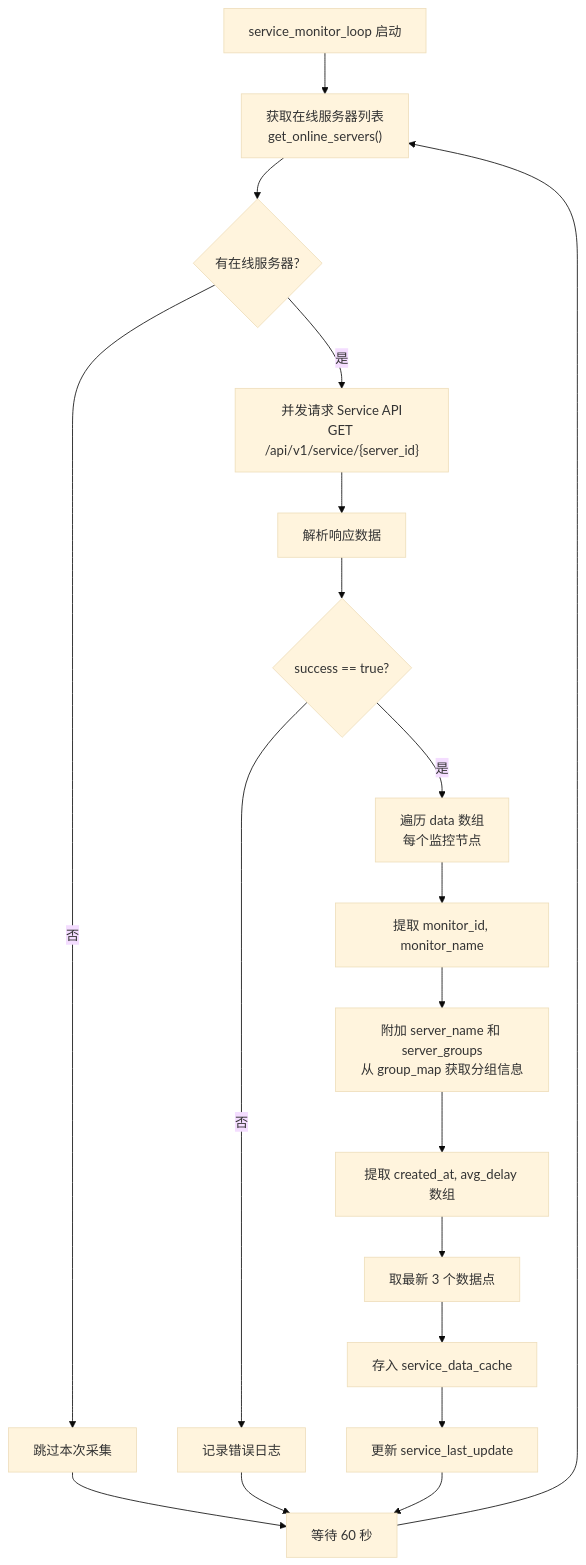
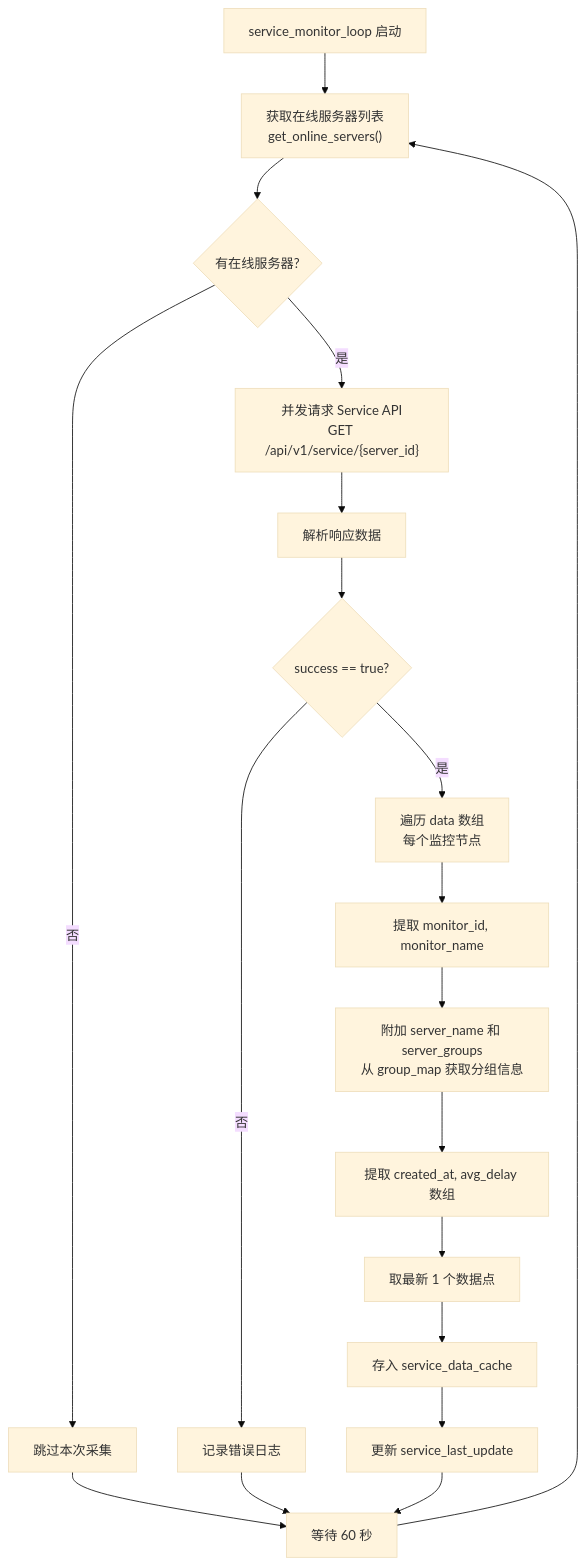
Before and after one commit to Moeyuuko/nezhaV1-exporter: the seventh of 9 diagrams in nezha-exporter.md, drawn with Mermaid (base theme). The commit also changed other lines of this file and 2 other files, not shown here.

````diff
--- a/nezha-exporter.md
+++ b/nezha-exporter.md
@@ -204,21 +204,21 @@
 ```mermaid
 flowchart TD
     A["service_monitor_loop 启动"] --> B["获取在线服务器列表<br/>get_online_servers()"]
     B --> C{"有在线服务器?"}
     C -- "否" --> D["跳过本次采集"]
     C -- "是" --> E["并发请求 Service API<br/>GET /api/v1/service/{server_id}"]
     E --> F["解析响应数据"]
     F --> G{"success == true?"}
     G -- "否" --> H["记录错误日志"]
     G -- "是" --> I["遍历 data 数组<br/>每个监控节点"]
     I --> J["提取 monitor_id, monitor_name"]
     J --> J1["附加 server_name 和 server_groups<br/>从 group_map 获取分组信息"]
     J1 --> K["提取 created_at, avg_delay 数组"]
-    K --> L["取最新 3 个数据点"]
+    K --> L["取最新 1 个数据点"]
     L --> M["存入 service_data_cache"]
     M --> N["更新 service_last_update"]
     H --> O["等待 60 秒"]
     D --> O
     N --> O
     O --> B
 ```
````
